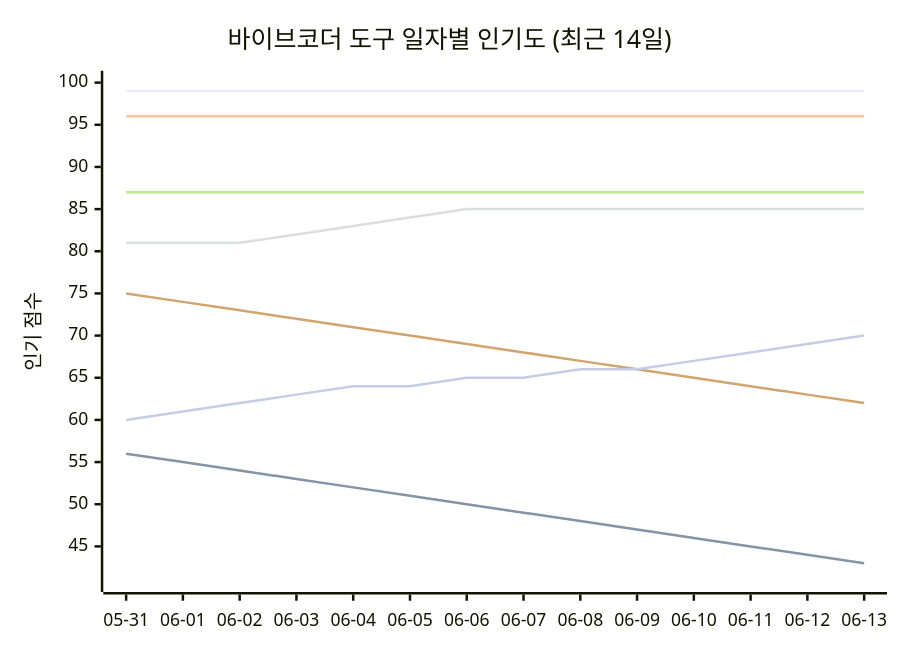
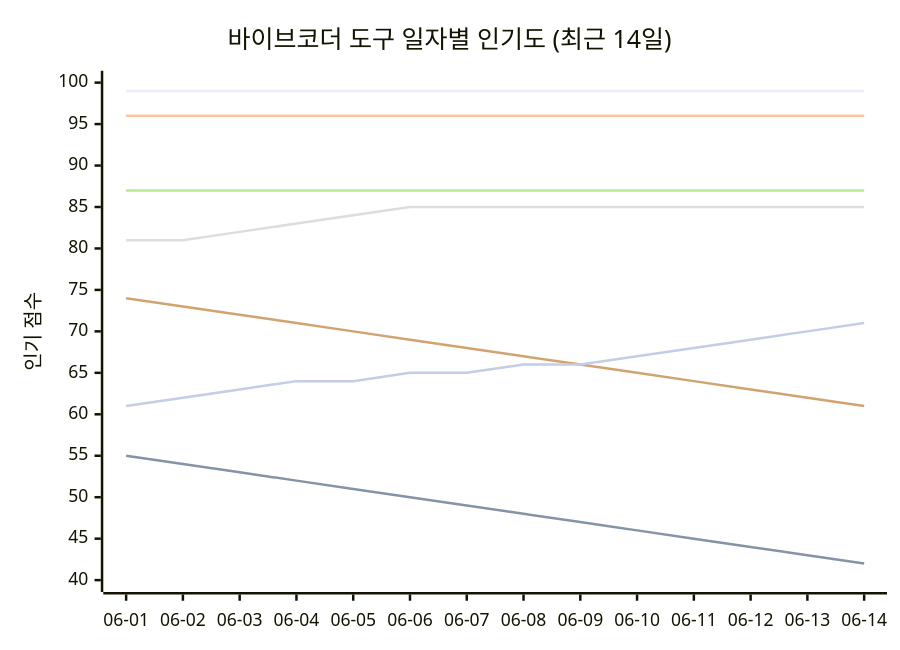
Before and after one commit to tykimos/ai-whatchelin: the seventh of 11 diagrams in README_ko.md, drawn with Mermaid. The commit also changed other lines of this file and 4 other files, not shown here.

````diff
--- a/README_ko.md
+++ b/README_ko.md
@@ -1540,13 +1547,13 @@
 ```mermaid
 xychart-beta
     title "바이브코더 도구 일자별 인기도 (최근 14일)"
-    x-axis ["05-31", "06-01", "06-02", "06-03", "06-04", "06-05", "06-06", "06-07", "06-08", "06-09", "06-10", "06-11", "06-12", "06-13"]
-    y-axis "인기 점수" 41 --> 100
+    x-axis ["06-01", "06-02", "06-03", "06-04", "06-05", "06-06", "06-07", "06-08", "06-09", "06-10", "06-11", "06-12", "06-13", "06-14"]
+    y-axis "인기 점수" 40 --> 100
     line "Claude Code" [99, 99, 99, 99, 99, 99, 99, 99, 99, 99, 99, 99, 99, 99]
-    line "GH Copilot" [56, 55, 54, 53, 52, 51, 50, 49, 48, 47, 46, 45, 44, 43]
+    line "GH Copilot" [55, 54, 53, 52, 51, 50, 49, 48, 47, 46, 45, 44, 43, 42]
     line "Cursor" [96, 96, 96, 96, 96, 96, 96, 96, 96, 96, 96, 96, 96, 96]
-    line "Windsurf" [81, 81, 81, 82, 83, 84, 85, 85, 85, 85, 85, 85, 85, 85]
+    line "Windsurf" [81, 81, 82, 83, 84, 85, 85, 85, 85, 85, 85, 85, 85, 85]
     line "Codex CLI" [87, 87, 87, 87, 87, 87, 87, 87, 87, 87, 87, 87, 87, 87]
-    line "Gemini CLI" [75, 74, 73, 72, 71, 70, 69, 68, 67, 66, 65, 64, 63, 62]
-    line "Antigravity" [60, 61, 62, 63, 64, 64, 65, 65, 66, 66, 67, 68, 69, 70]
+    line "Gemini CLI" [74, 73, 72, 71, 70, 69, 68, 67, 66, 65, 64, 63, 62, 61]
+    line "Antigravity" [61, 62, 63, 64, 64, 65, 65, 66, 66, 67, 68, 69, 70, 71]
 ```
````
